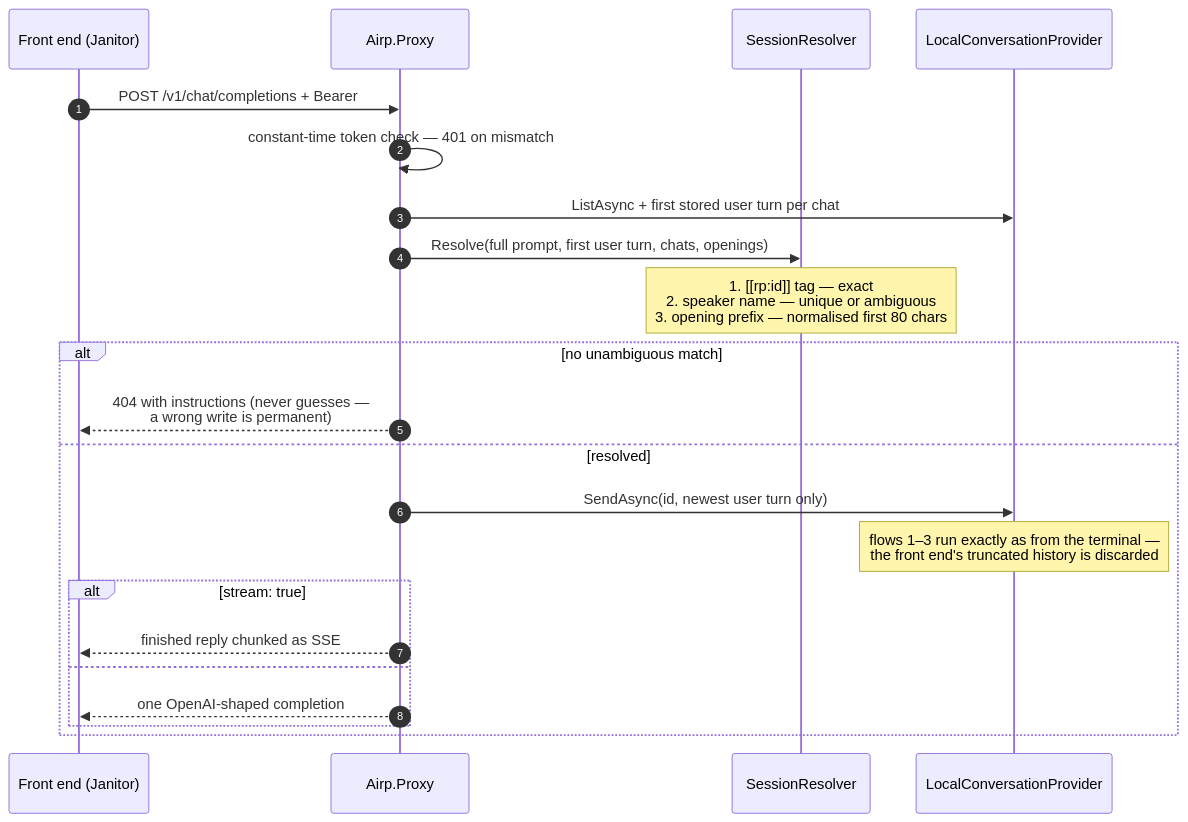
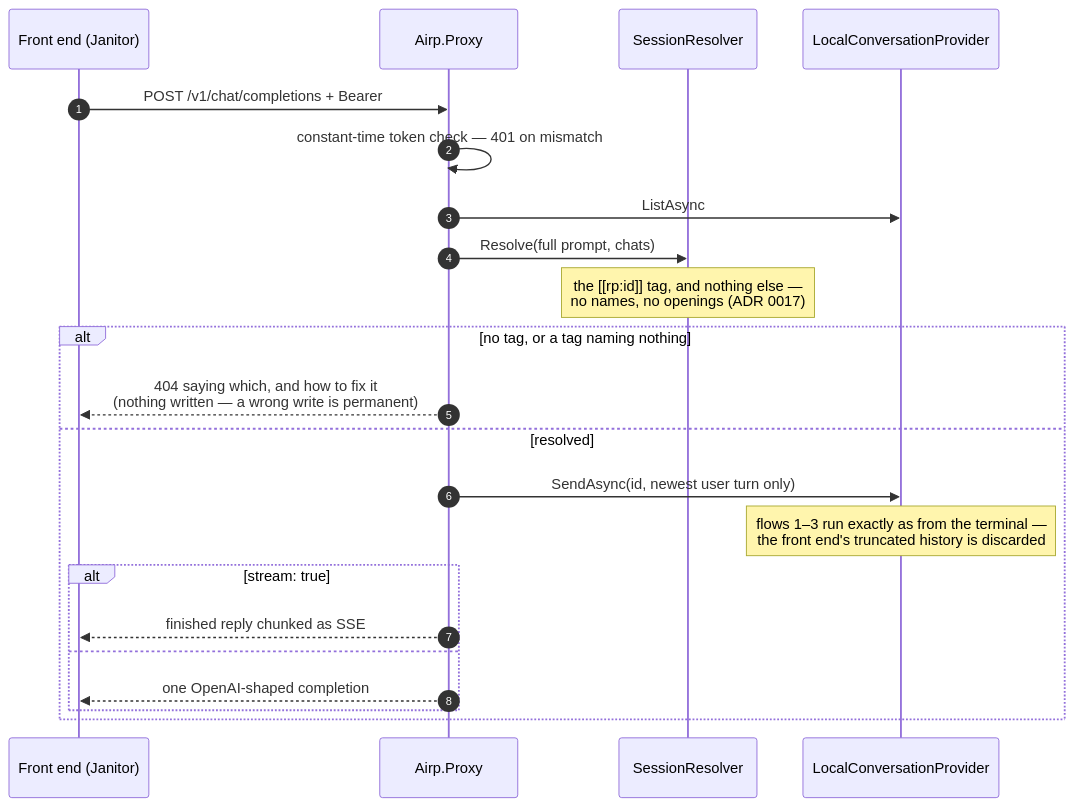
One commit to argamboad/custom-airp changed the seventh of 9 diagrams in docs/FLOWS.md. Above: the diagram before and after it, drawn with Mermaid. The commit also changed 7 other files, not shown here.

````diff
--- a/docs/FLOWS.md
+++ b/docs/FLOWS.md
@@ -227,25 +227,25 @@
 ```mermaid
 sequenceDiagram
     autonumber
     participant J as Front end (Janitor)
     participant PX as Airp.Proxy
     participant SR as SessionResolver
     participant P as LocalConversationProvider
 
     J->>PX: POST /v1/chat/completions + Bearer
     PX->>PX: constant-time token check — 401 on mismatch
-    PX->>P: ListAsync + first stored user turn per chat
-    PX->>SR: Resolve(full prompt, first user turn, chats, openings)
-    Note over SR: 1. [[rp:id]] tag — exact<br/>2. speaker name — unique or ambiguous<br/>3. opening prefix — normalised first 80 chars
-    alt no unambiguous match
-        PX-->>J: 404 with instructions (never guesses —<br/>a wrong write is permanent)
+    PX->>P: ListAsync
+    PX->>SR: Resolve(full prompt, chats)
+    Note over SR: the [[rp:id]] tag, and nothing else —<br/>no names, no openings (ADR 0017)
+    alt no tag, or a tag naming nothing
+        PX-->>J: 404 saying which, and how to fix it<br/>(nothing written — a wrong write is permanent)
     else resolved
         PX->>P: SendAsync(id, newest user turn only)
         Note over P: flows 1–3 run exactly as from the terminal —<br/>the front end's truncated history is discarded
         alt stream: true
             PX-->>J: finished reply chunked as SSE
         else
             PX-->>J: one OpenAI-shaped completion
         end
     end
 ```
````
